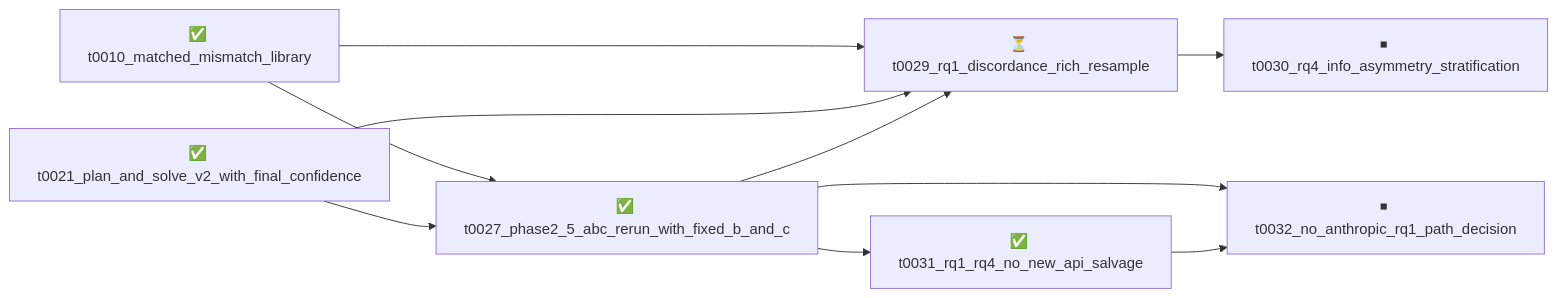
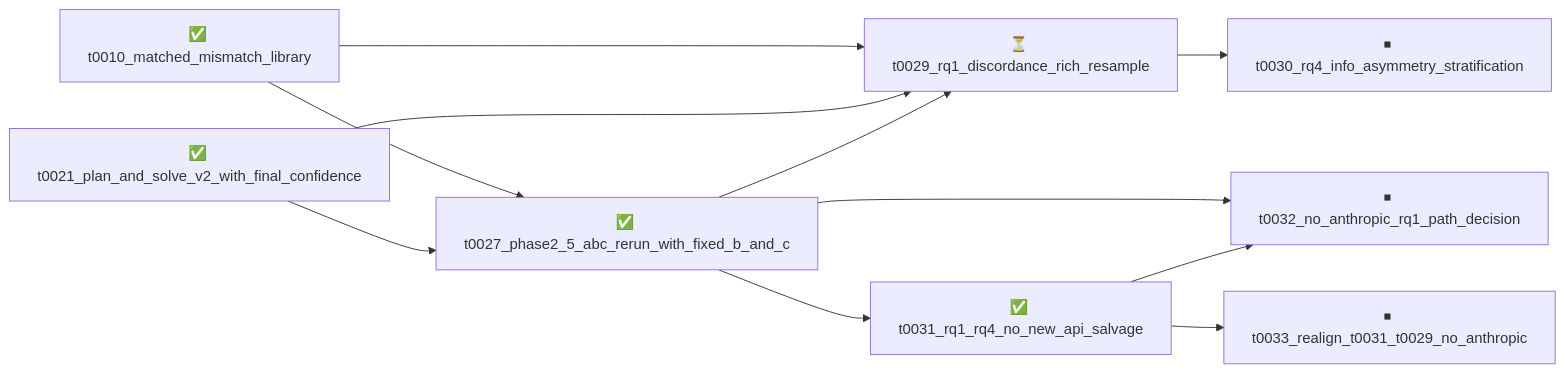
The diagram in overview/tasks/README.md (omniscale-ai/reasoning-scale2), drawn with Mermaid before and after one commit. The commit also changed other lines of this file and 25 other files, not shown here.

Commit message:
overview: refresh after creating t0033_realign_t0031_t0029_no_anthropic

````diff
--- a/overview/tasks/README.md
+++ b/overview/tasks/README.md
@@ -13,20 +13,22 @@
 ```mermaid
 graph LR
     t0010_matched_mismatch_library["✅ t0010_matched_mismatch_library"]
     t0021_plan_and_solve_v2_with_final_confidence["✅ t0021_plan_and_solve_v2_with_final_confidence"]
     t0027_phase2_5_abc_rerun_with_fixed_b_and_c["✅ t0027_phase2_5_abc_rerun_with_fixed_b_and_c"]
     t0029_rq1_discordance_rich_resample["⏳ t0029_rq1_discordance_rich_resample"]
     t0030_rq4_info_asymmetry_stratification["⏹ t0030_rq4_info_asymmetry_stratification"]
     t0031_rq1_rq4_no_new_api_salvage["✅ t0031_rq1_rq4_no_new_api_salvage"]
     t0032_no_anthropic_rq1_path_decision["⏹ t0032_no_anthropic_rq1_path_decision"]
+    t0033_realign_t0031_t0029_no_anthropic["⏹ t0033_realign_t0031_t0029_no_anthropic"]
 
     t0010_matched_mismatch_library --> t0027_phase2_5_abc_rerun_with_fixed_b_and_c
     t0021_plan_and_solve_v2_with_final_confidence --> t0027_phase2_5_abc_rerun_with_fixed_b_and_c
     t0010_matched_mismatch_library --> t0029_rq1_discordance_rich_resample
     t0021_plan_and_solve_v2_with_final_confidence --> t0029_rq1_discordance_rich_resample
     t0027_phase2_5_abc_rerun_with_fixed_b_and_c --> t0029_rq1_discordance_rich_resample
     t0029_rq1_discordance_rich_resample --> t0030_rq4_info_asymmetry_stratification
     t0027_phase2_5_abc_rerun_with_fixed_b_and_c --> t0031_rq1_rq4_no_new_api_salvage
     t0027_phase2_5_abc_rerun_with_fixed_b_and_c --> t0032_no_anthropic_rq1_path_decision
     t0031_rq1_rq4_no_new_api_salvage --> t0032_no_anthropic_rq1_path_decision
+    t0031_rq1_rq4_no_new_api_salvage --> t0033_realign_t0031_t0029_no_anthropic
 ```
````
